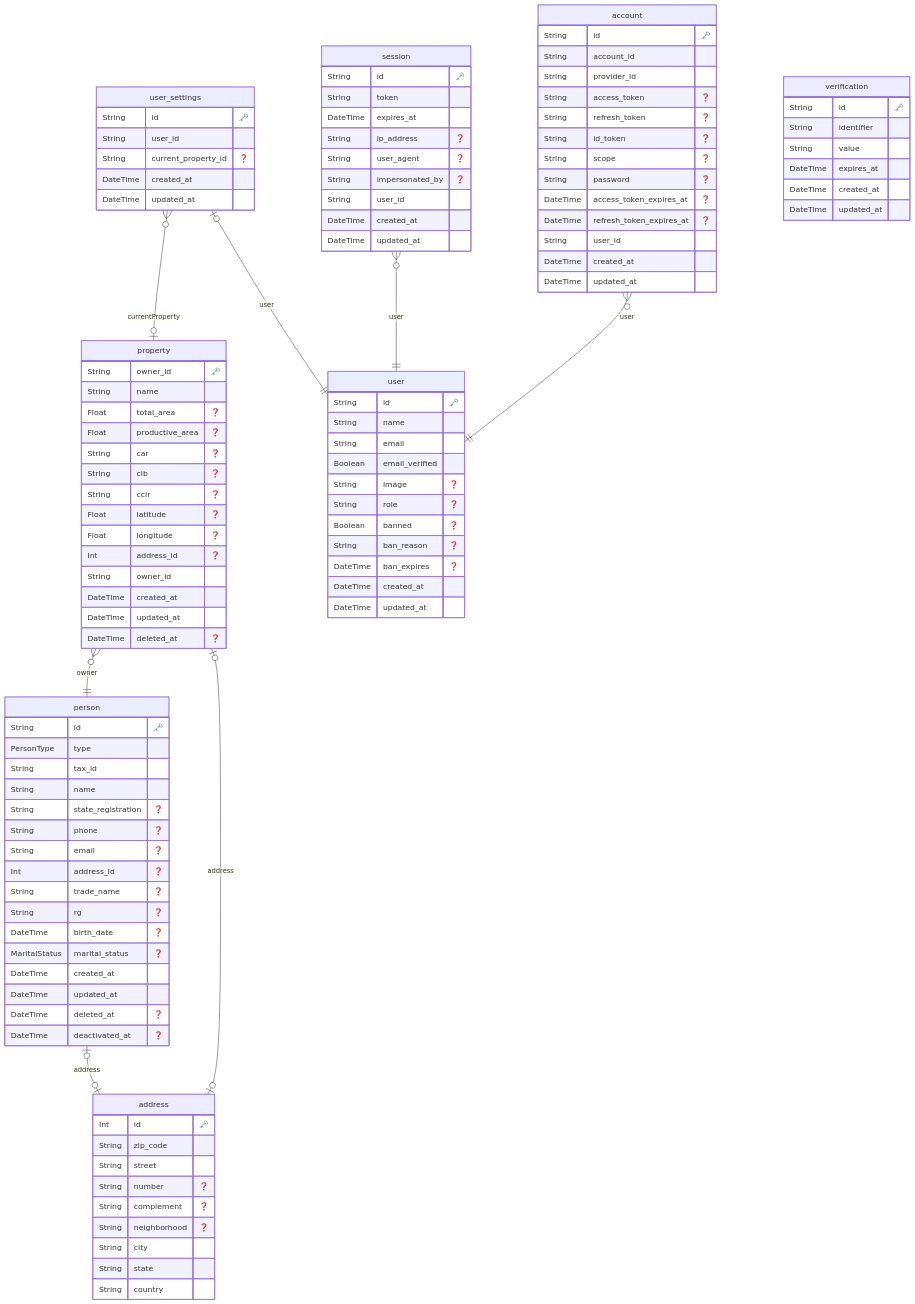
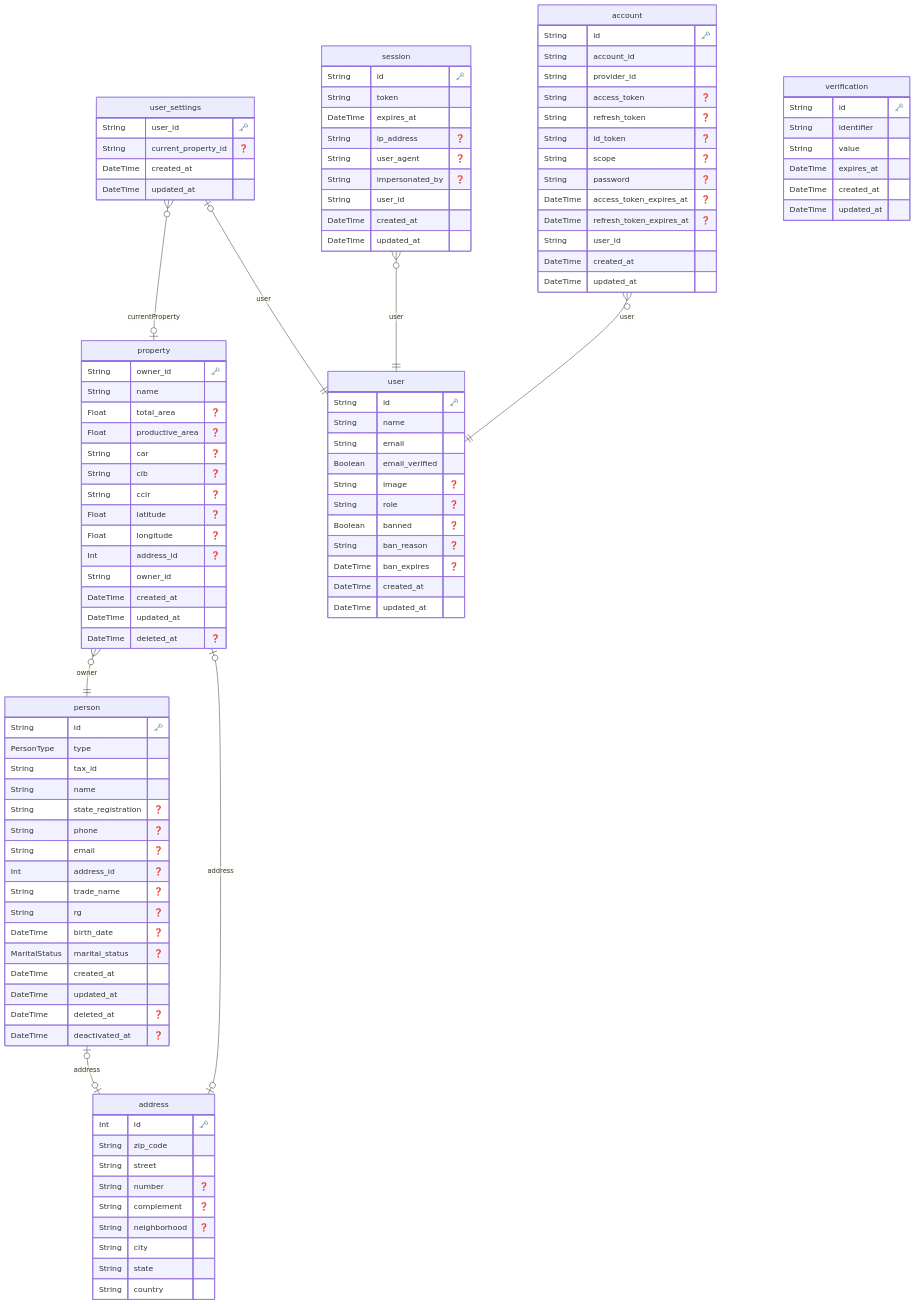
Before and after one commit to FelipeMzero/ifarm-preview: the diagram in docs/ERD.md, drawn with Mermaid. The commit also changed 8 other files, not shown here.

```diff
--- a/docs/ERD.md
+++ b/docs/ERD.md
@@ -53,8 +53,7 @@
   
 
   "user_settings" {
-    String id "🗝️"
-    String user_id 
+    String user_id "🗝️"
     String current_property_id "❓"
     DateTime created_at 
     DateTime updated_at 
```
